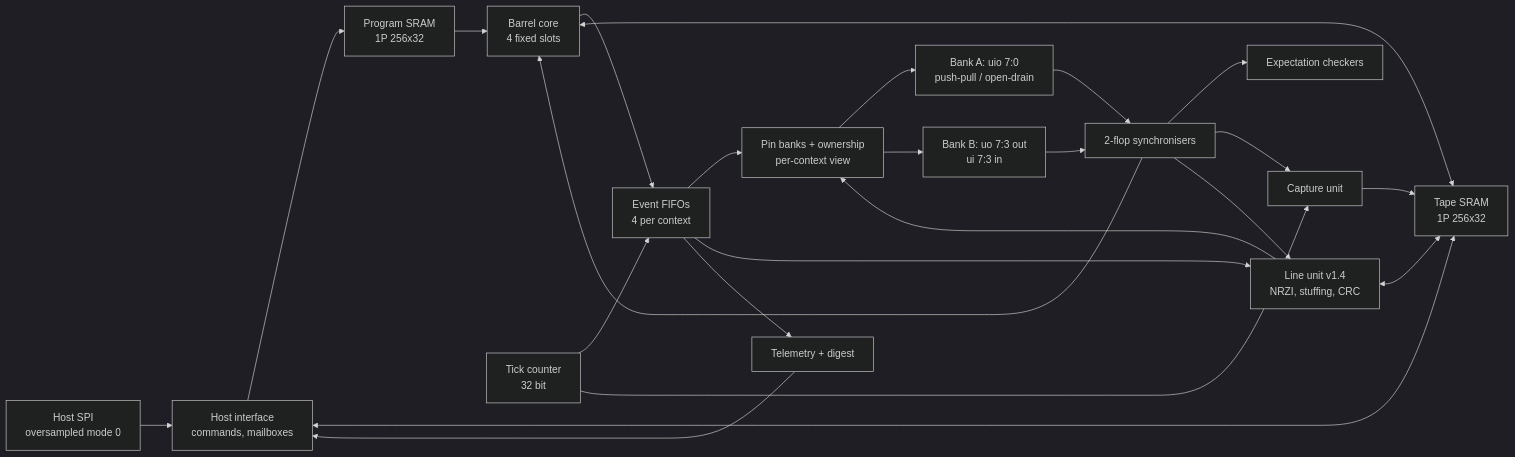
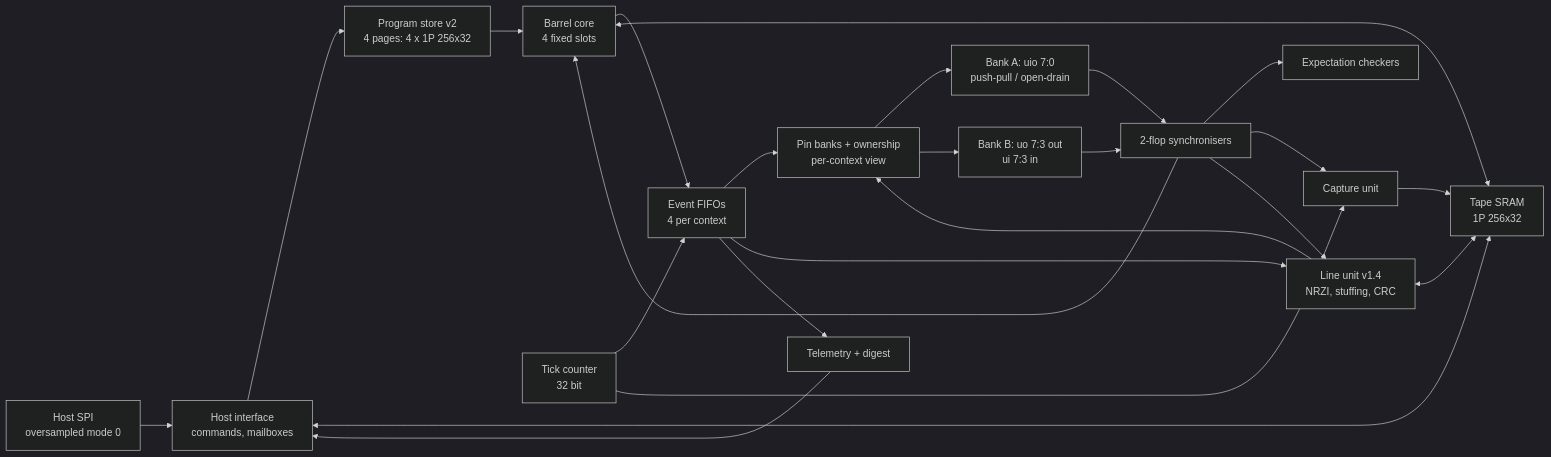
One commit to parthDOOM/escapement changed the diagram in docs/01-ARCHITECTURE.md. Above: the diagram before and after it, drawn with Mermaid (dark theme). The commit also changed other lines of this file and 27 other files, not shown here.

````diff
--- a/docs/01-ARCHITECTURE.md
+++ b/docs/01-ARCHITECTURE.md
@@ -11,26 +11,26 @@
 ```mermaid
 flowchart LR
     Host[Host SPI<br/>oversampled mode 0] --> HI[Host interface<br/>commands, mailboxes]
-    HI --> IMEM[Program SRAM<br/>1P 256x32]
+    HI --> IMEM[Program store v2<br/>4 pages: 4 x 1P 256x32]
     IMEM --> Core[Barrel core<br/>4 fixed slots]
     Core --> Q[Event FIFOs<br/>4 per context]
     Time[Tick counter<br/>32 bit] --> Q
     Q --> Own[Pin banks + ownership<br/>per-context view]
     Own --> Pins[Bank A: uio 7:0<br/>push-pull / open-drain]
     Own --> PinsB[Bank B: uo 7:3 out<br/>ui 7:3 in]
     Pins --> Sync[2-flop synchronisers]
     PinsB --> Sync
     Sync --> Core
     Sync --> Chk[Expectation checkers]
     Sync --> Cap[Capture unit]
     Time --> Cap
     Core <--> Tape[Tape SRAM<br/>1P 256x32]
     Cap --> Tape
     HI <--> Tape
     Q --> LU[Line unit v1.4<br/>NRZI, stuffing, CRC]
     LU <--> Tape
     LU --> Own
     Sync --> LU
     Q --> Tel[Telemetry + digest]
     Tel --> HI
 ```
````
